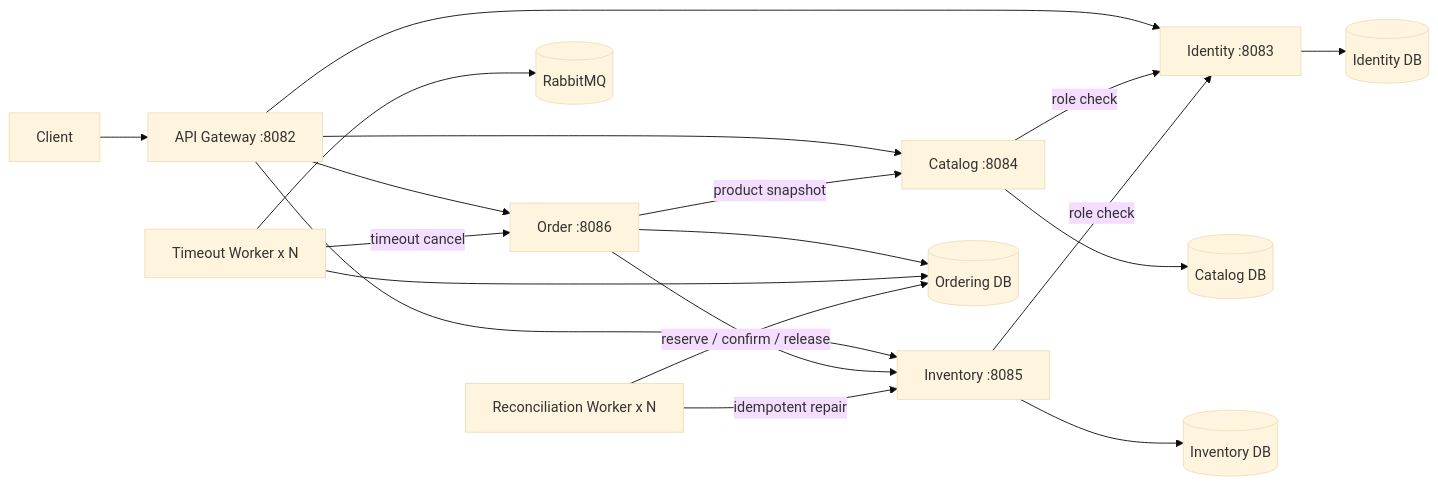
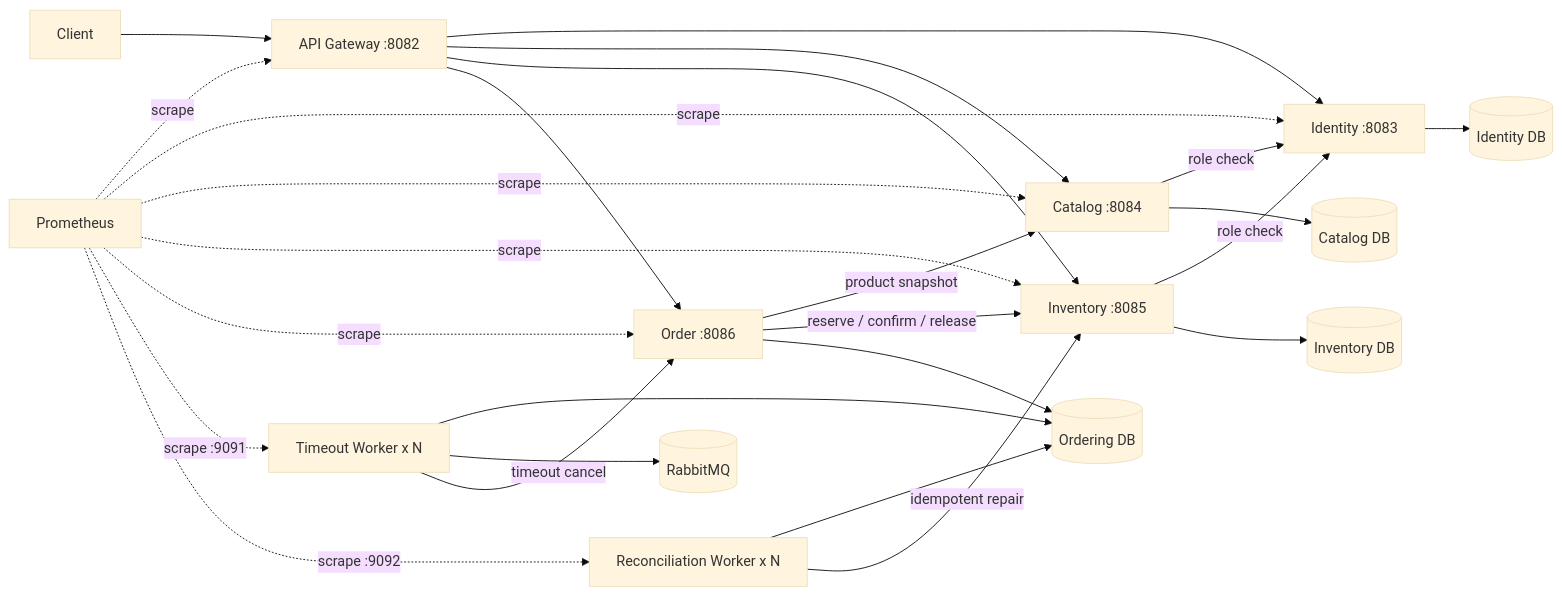
Before and after one commit to Yotoha0303/go-order-management-system-cloudnative-lab: the diagram in README.md, drawn with Mermaid (base theme). The commit also changed other lines of this file and 28 other files, not shown here.

````diff
--- a/README.md
+++ b/README.md
@@ -36,26 +39,34 @@
 ```mermaid
 flowchart LR
     Client[Client] --> Gateway[API Gateway :8082]
 
     Gateway --> Identity[Identity :8083]
     Gateway --> Catalog[Catalog :8084]
     Gateway --> Inventory[Inventory :8085]
     Gateway --> Order[Order :8086]
 
     Catalog -->|role check| Identity
     Inventory -->|role check| Identity
     Order -->|product snapshot| Catalog
     Order -->|reserve / confirm / release| Inventory
 
     Identity --> IdentityDB[(Identity DB)]
     Catalog --> CatalogDB[(Catalog DB)]
     Inventory --> InventoryDB[(Inventory DB)]
     Order --> OrderingDB[(Ordering DB)]
 
     TimeoutWorker[Timeout Worker x N] --> OrderingDB
     TimeoutWorker --> RabbitMQ[(RabbitMQ)]
     TimeoutWorker -->|timeout cancel| Order
 
     ReconcileWorker[Reconciliation Worker x N] --> OrderingDB
     ReconcileWorker -->|idempotent repair| Inventory
+
+    Prometheus[Prometheus] -. scrape .-> Gateway
+    Prometheus -. scrape .-> Identity
+    Prometheus -. scrape .-> Catalog
+    Prometheus -. scrape .-> Inventory
+    Prometheus -. scrape .-> Order
+    Prometheus -. scrape :9091 .-> TimeoutWorker
+    Prometheus -. scrape :9092 .-> ReconcileWorker
 ```
````
